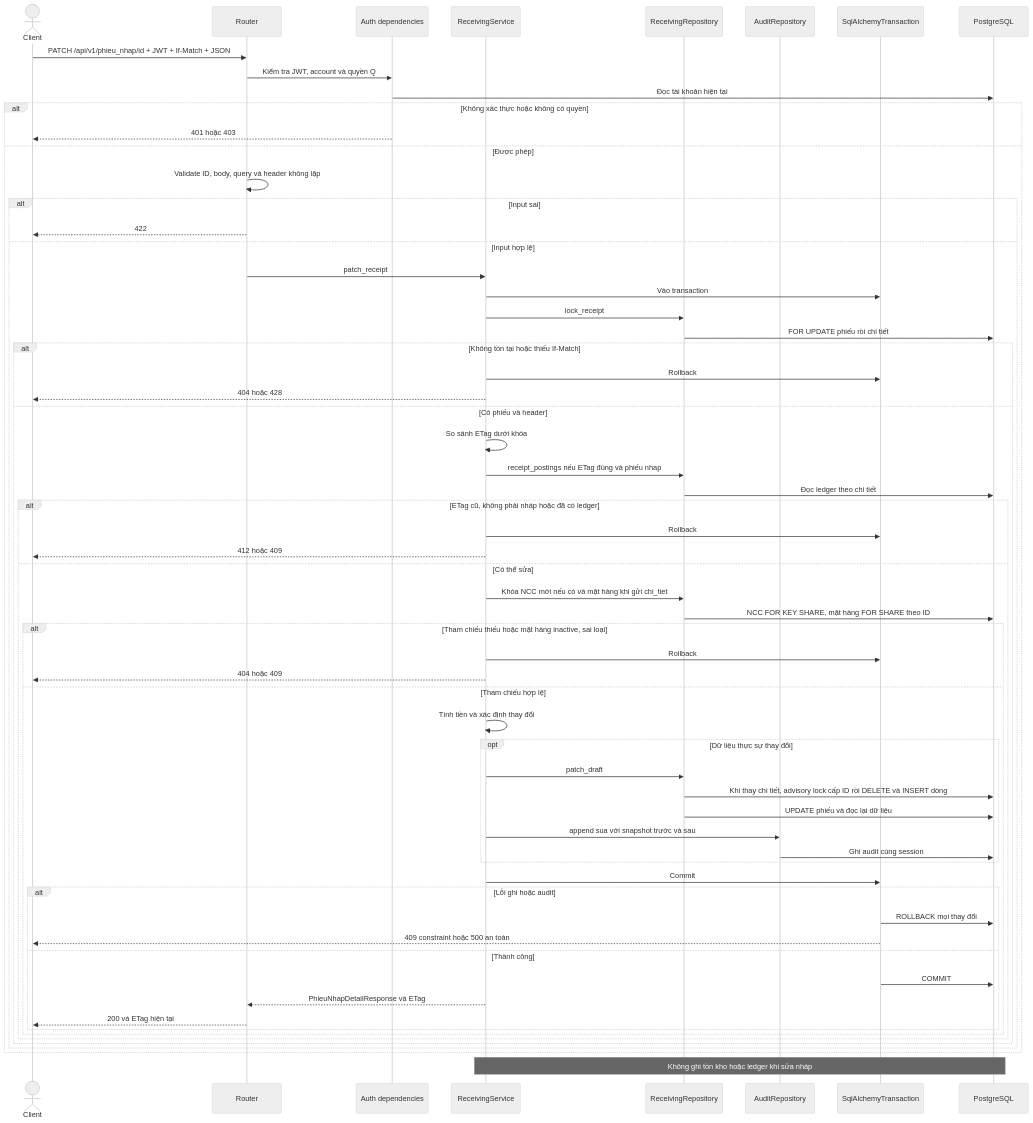
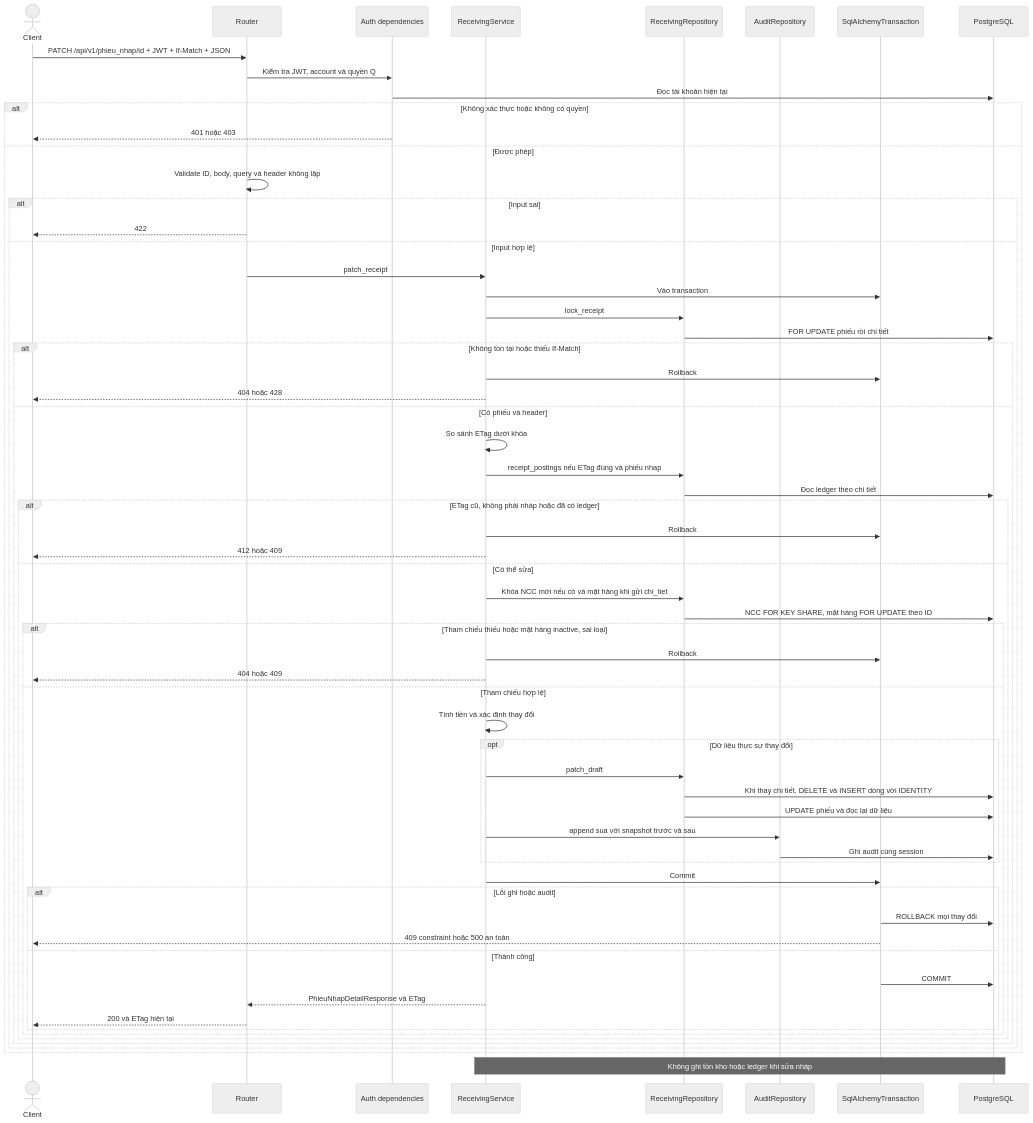
The fourth of 9 diagrams in docs/sequence/phieu_nhap.md (thanhklt/xbike-mrp-system), drawn with Mermaid (neutral theme) before and after one commit. The commit also changed other lines of this file and 28 other files, not shown here.

````diff
--- a/docs/sequence/phieu_nhap.md
+++ b/docs/sequence/phieu_nhap.md
@@ -172,65 +188,65 @@
 ```mermaid
 sequenceDiagram
     actor C as Client
     participant R as Router
     participant D as Auth dependencies
     participant S as ReceivingService
     participant P as ReceivingRepository
     participant A as AuditRepository
     participant T as SqlAlchemyTransaction
     participant DB as PostgreSQL
     C->>R: PATCH /api/v1/phieu_nhap/id + JWT + If-Match + JSON
     R->>D: Kiểm tra JWT, account và quyền Q
     D->>DB: Đọc tài khoản hiện tại
     alt Không xác thực hoặc không có quyền
         D-->>C: 401 hoặc 403
     else Được phép
         R->>R: Validate ID, body, query và header không lặp
         alt Input sai
             R-->>C: 422
         else Input hợp lệ
             R->>S: patch_receipt
             S->>T: Vào transaction
             S->>P: lock_receipt
             P->>DB: FOR UPDATE phiếu rồi chi tiết
             alt Không tồn tại hoặc thiếu If-Match
                 S->>T: Rollback
                 S-->>C: 404 hoặc 428
             else Có phiếu và header
                 S->>S: So sánh ETag dưới khóa
                 S->>P: receipt_postings nếu ETag đúng và phiếu nhap
                 P->>DB: Đọc ledger theo chi tiết
                 alt ETag cũ, không phải nháp hoặc đã có ledger
                     S->>T: Rollback
                     S-->>C: 412 hoặc 409
                 else Có thể sửa
                     S->>P: Khóa NCC mới nếu có và mặt hàng khi gửi chi_tiet
-                    P->>DB: NCC FOR KEY SHARE, mặt hàng FOR SHARE theo ID
+                    P->>DB: NCC FOR KEY SHARE, mặt hàng FOR UPDATE theo ID
                     alt Tham chiếu thiếu hoặc mặt hàng inactive, sai loại
                         S->>T: Rollback
                         S-->>C: 404 hoặc 409
                     else Tham chiếu hợp lệ
                         S->>S: Tính tiền và xác định thay đổi
                         opt Dữ liệu thực sự thay đổi
                             S->>P: patch_draft
-                            P->>DB: Khi thay chi tiết, advisory lock cấp ID rồi DELETE và INSERT dòng
+                            P->>DB: Khi thay chi tiết, DELETE và INSERT dòng với IDENTITY
                             P->>DB: UPDATE phiếu và đọc lại dữ liệu
                             S->>A: append sua với snapshot trước và sau
                             A->>DB: Ghi audit cùng session
                         end
                         S->>T: Commit
                         alt Lỗi ghi hoặc audit
                             T->>DB: ROLLBACK mọi thay đổi
                             T-->>C: 409 constraint hoặc 500 an toàn
                         else Thành công
                             T->>DB: COMMIT
                             S-->>R: PhieuNhapDetailResponse và ETag
                             R-->>C: 200 và ETag hiện tại
                         end
                     end
                 end
             end
         end
     end
     Note over S,DB: Không ghi tồn kho hoặc ledger khi sửa nháp
 ```
````
